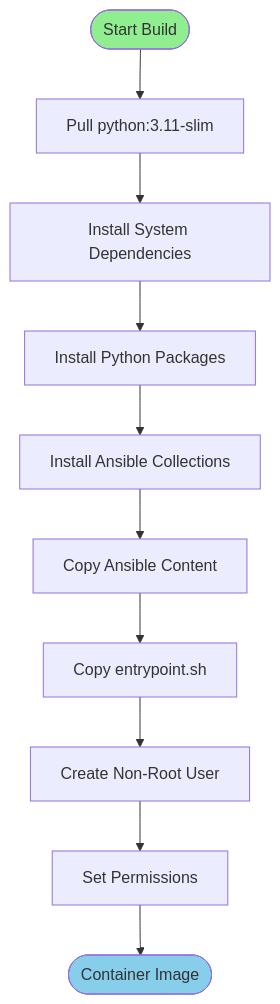
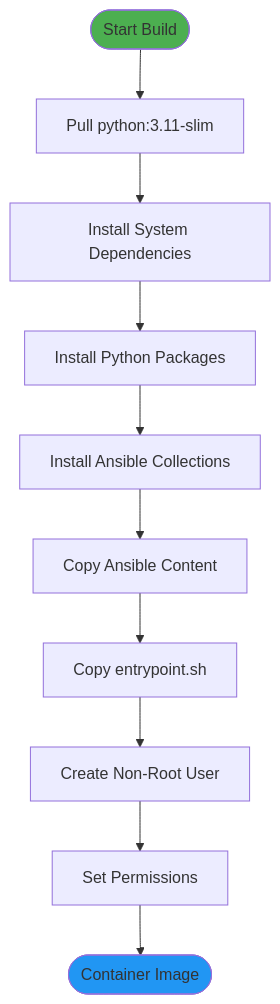
One commit to wheetazlab/cloudflare-zero-trust-operator changed the second of 16 diagrams in docs/architecture.md. Above: the diagram before and after it, drawn with Mermaid. The commit also changed other lines of this file and 1 other file, not shown here.

First line of the commit message:
fix: Replace light colors in mermaid diagrams with darker, more readable colors

````diff
--- a/docs/architecture.md
+++ b/docs/architecture.md
@@ -101,15 +101,15 @@
 ```mermaid
 flowchart TD
     START([Start Build]) --> BASE[Pull python:3.11-slim]
     BASE --> DEPS[Install System Dependencies]
     DEPS --> PYREQ[Install Python Packages]
     PYREQ --> ANSREQ[Install Ansible Collections]
     ANSREQ --> COPY[Copy Ansible Content]
     COPY --> SCRIPT[Copy entrypoint.sh]
     SCRIPT --> USER[Create Non-Root User]
     USER --> PERMS[Set Permissions]
     PERMS --> IMG([Container Image])
     
-    style START fill:#90EE90
-    style IMG fill:#87CEEB
+    style START fill:#4CAF50
+    style IMG fill:#2196F3
 ```
````
